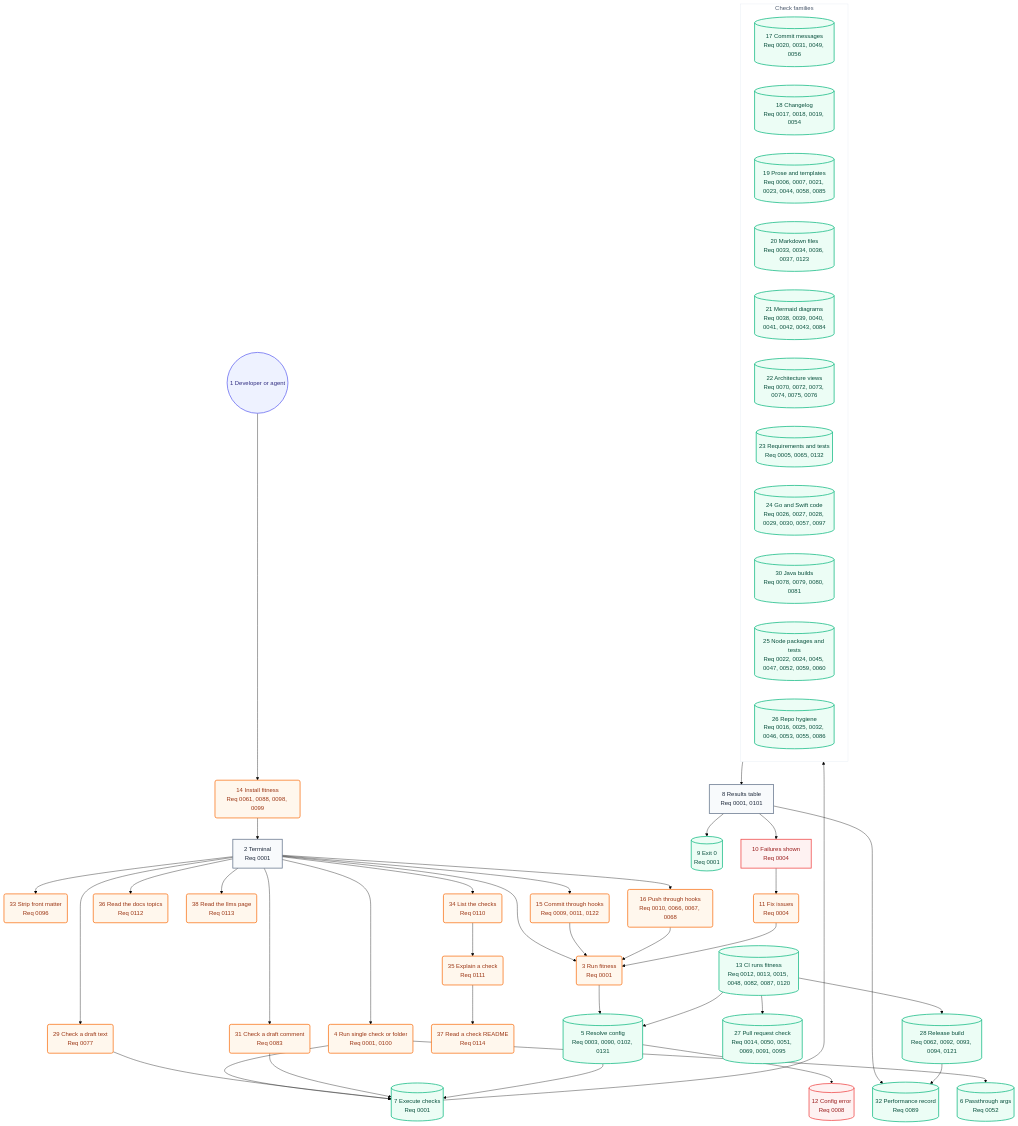
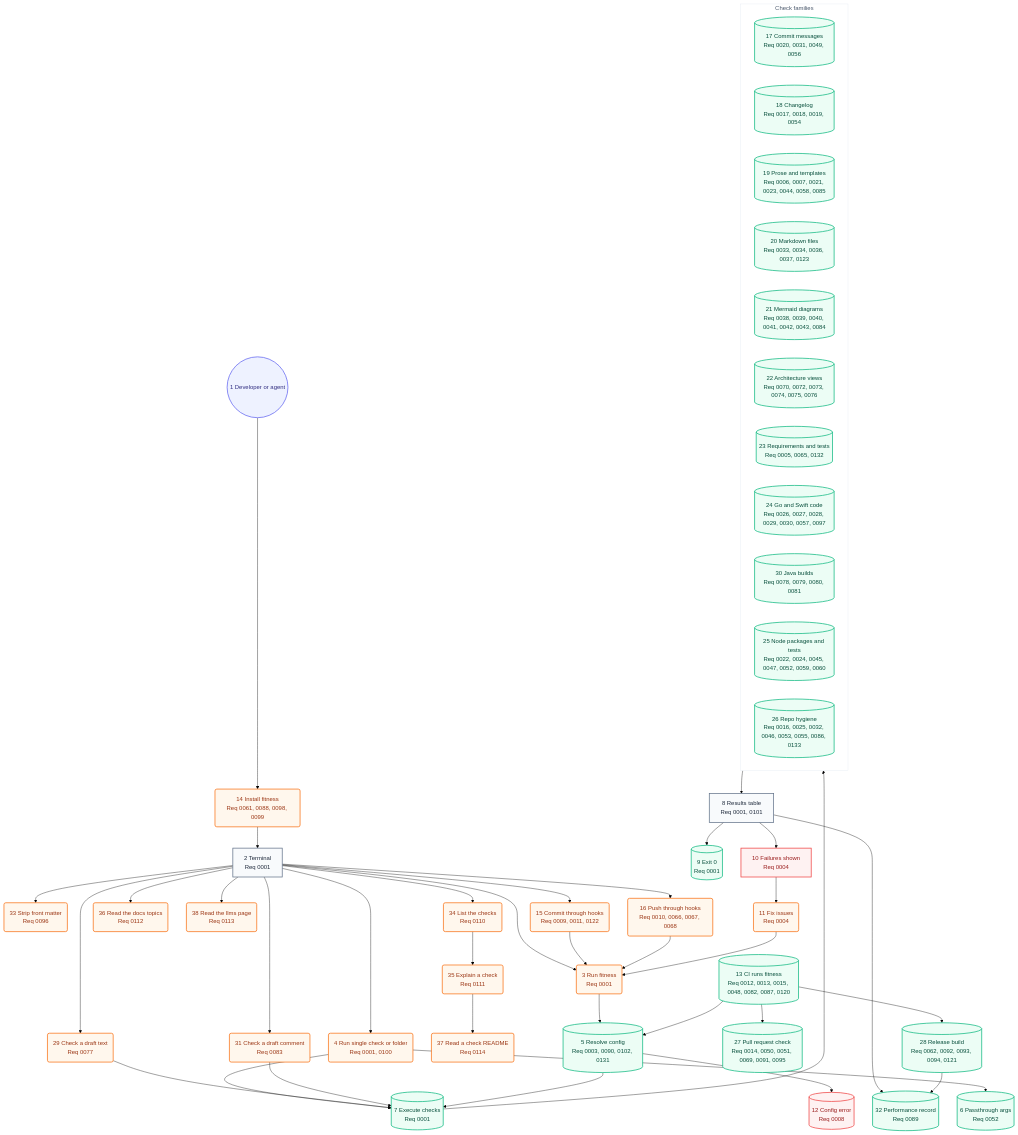
The second of 2 diagrams in docs/architecture/05-user-journey.md (may-journal/fitness-runner), drawn with Mermaid (forest theme) before and after one commit. The commit also changed 13 other files, not shown here.

```diff
--- a/docs/architecture/05-user-journey.md
+++ b/docs/architecture/05-user-journey.md
@@ -64,7 +64,7 @@
         goSwiftChecks[(24 Go and Swift code<br/>Req 0026, 0027, 0028, 0029, 0030, 0057, 0097)]:::system
         javaChecks[(30 Java builds<br/>Req 0078, 0079, 0080, 0081)]:::system
         nodeChecks[(25 Node packages and tests<br/>Req 0022, 0024, 0045, 0047, 0052, 0059, 0060)]:::system
-        repoChecks[(26 Repo hygiene<br/>Req 0016, 0025, 0032, 0046, 0053, 0055, 0086)]:::system
+        repoChecks[(26 Repo hygiene<br/>Req 0016, 0025, 0032, 0046, 0053, 0055, 0086, 0133)]:::system
     end
 
     resultsTable[8 Results table<br/>Req 0001, 0101]:::screen
```
